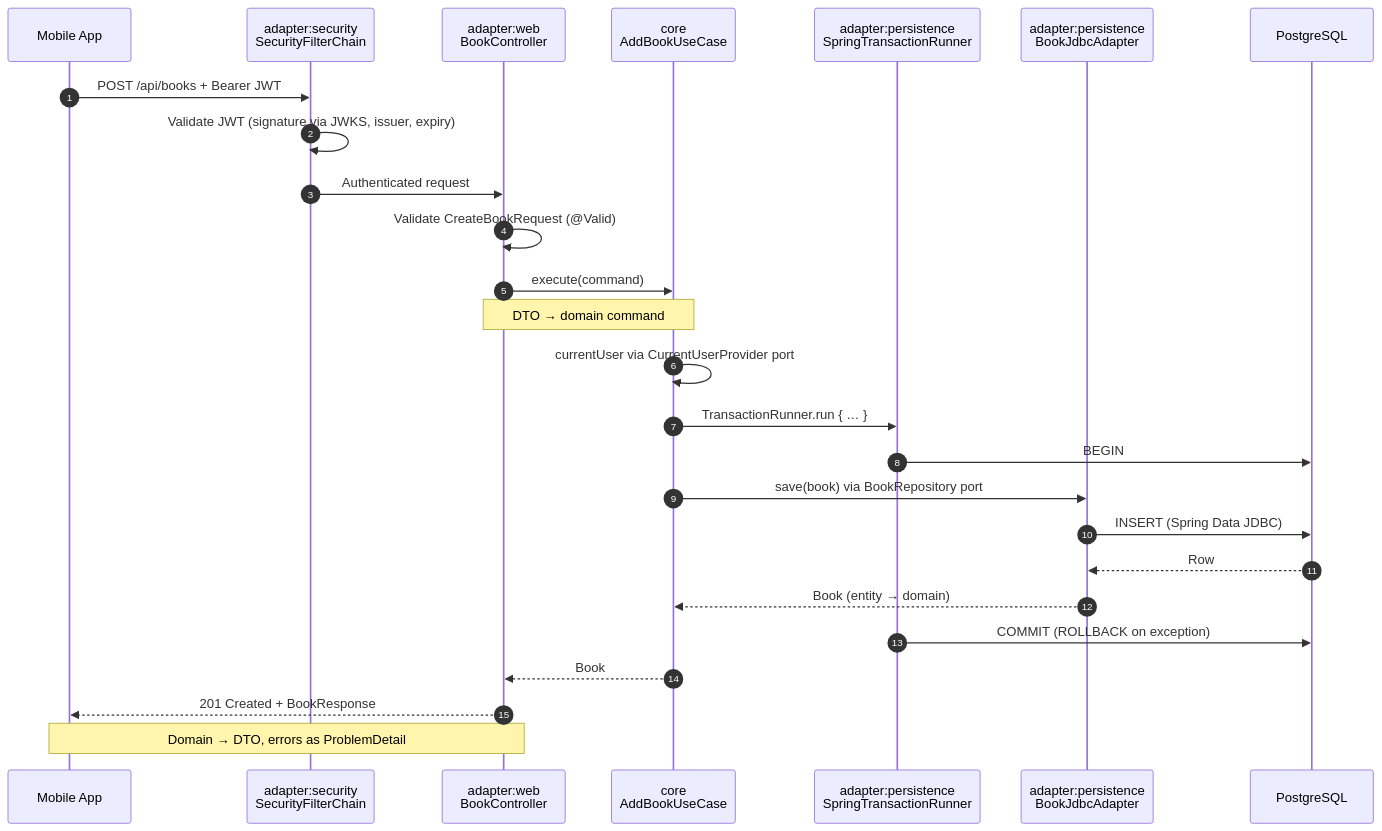
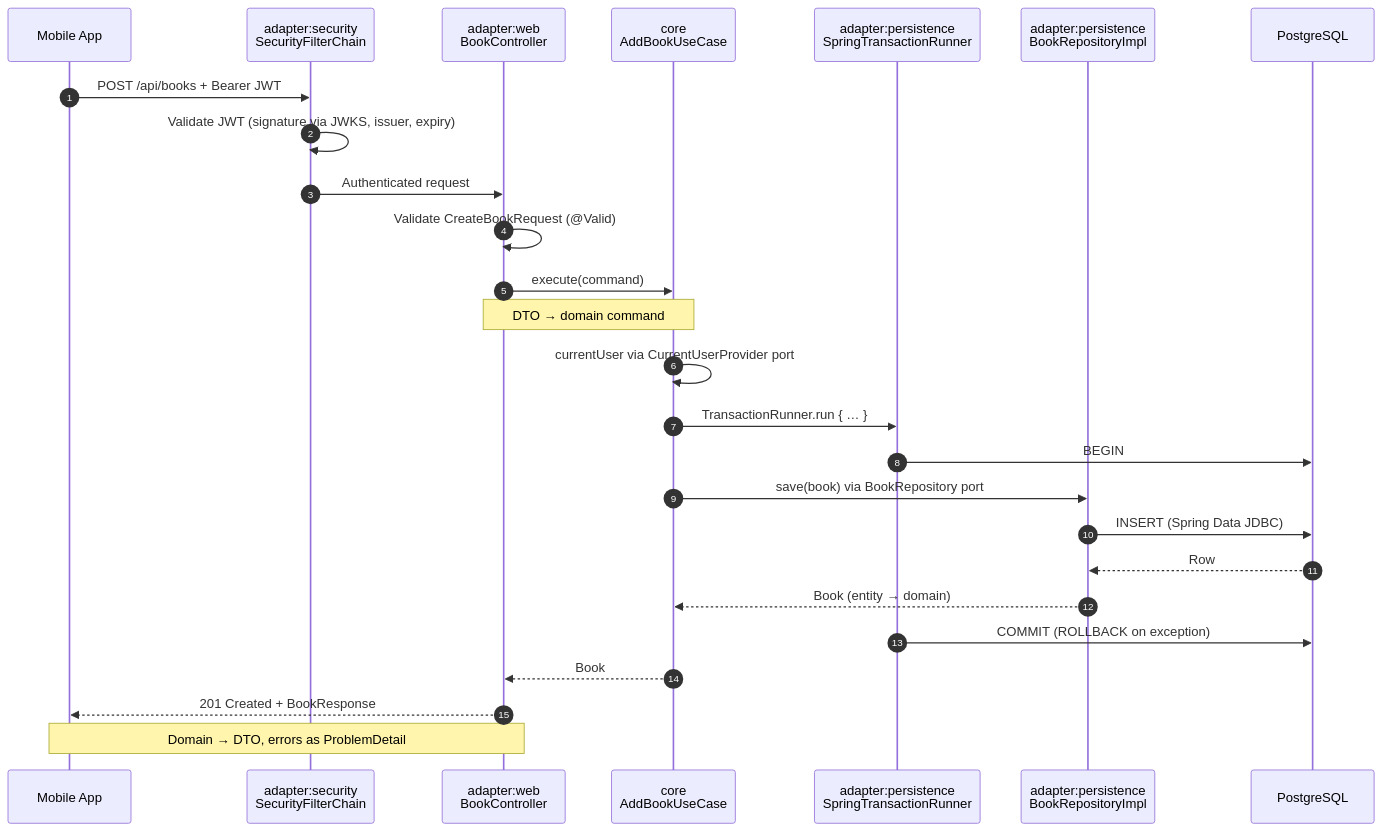
Before and after one commit to AnSrwn/BookTracker: the third of 3 diagrams in backend/docs/architecture.md, drawn with Mermaid. The commit also changed other lines of this file and 9 other files, not shown here.

````diff
--- a/backend/docs/architecture.md
+++ b/backend/docs/architecture.md
@@ -112,29 +112,29 @@
 ```mermaid
 sequenceDiagram
     autonumber
     participant App as Mobile App
     participant Sec as adapter:security<br/>SecurityFilterChain
     participant Ctrl as adapter:web<br/>BookController
     participant UC as core<br/>AddBookUseCase
     participant Tx as adapter:persistence<br/>SpringTransactionRunner
-    participant Jdbc as adapter:persistence<br/>BookJdbcAdapter
+    participant Jdbc as adapter:persistence<br/>BookRepositoryImpl
     participant DB as PostgreSQL
 
     App->>Sec: POST /api/books + Bearer JWT
     Sec->>Sec: Validate JWT (signature via JWKS, issuer, expiry)
     Sec->>Ctrl: Authenticated request
     Ctrl->>Ctrl: Validate CreateBookRequest (@Valid)
     Ctrl->>UC: execute(command)
     Note over Ctrl,UC: DTO → domain command
     UC->>UC: currentUser via CurrentUserProvider port
     UC->>Tx: TransactionRunner.run { … }
     Tx->>DB: BEGIN
     UC->>Jdbc: save(book) via BookRepository port
     Jdbc->>DB: INSERT (Spring Data JDBC)
     DB-->>Jdbc: Row
     Jdbc-->>UC: Book (entity → domain)
     Tx->>DB: COMMIT (ROLLBACK on exception)
     UC-->>Ctrl: Book
     Ctrl-->>App: 201 Created + BookResponse
     Note over Ctrl,App: Domain → DTO, errors as ProblemDetail
 ```
````
